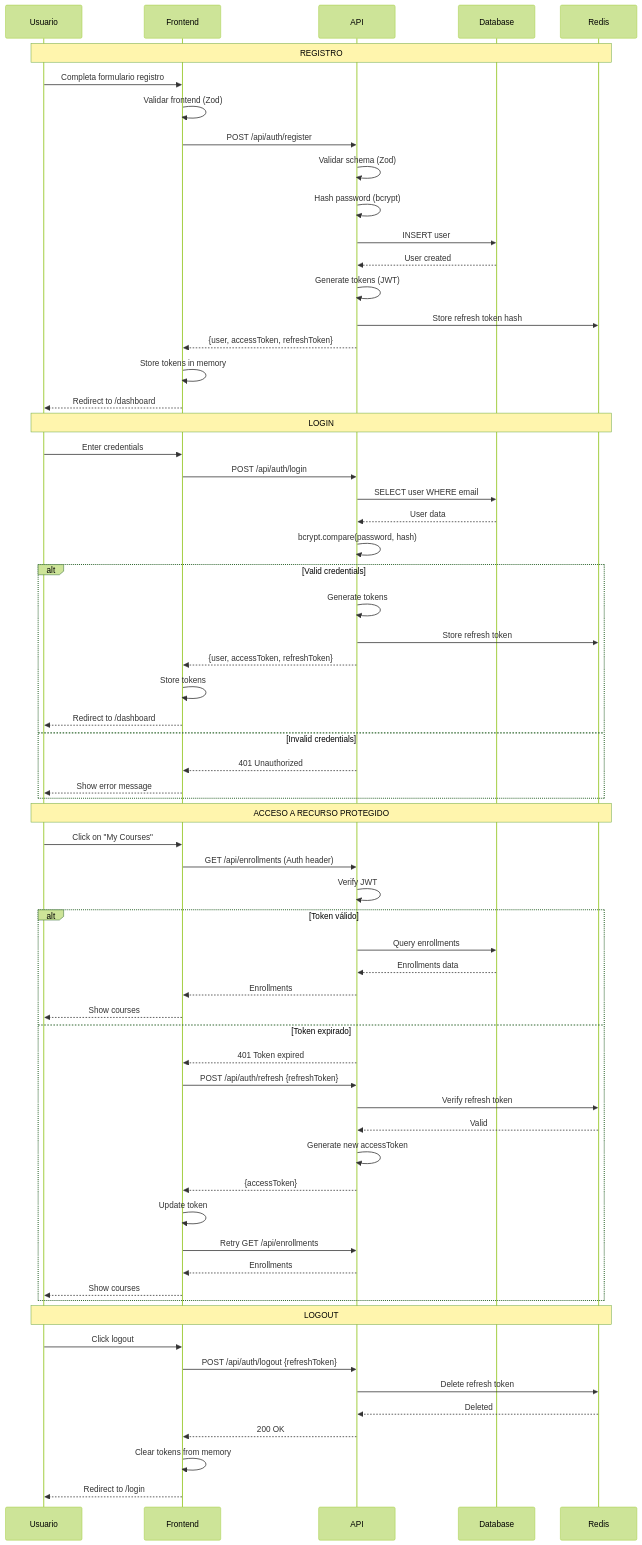
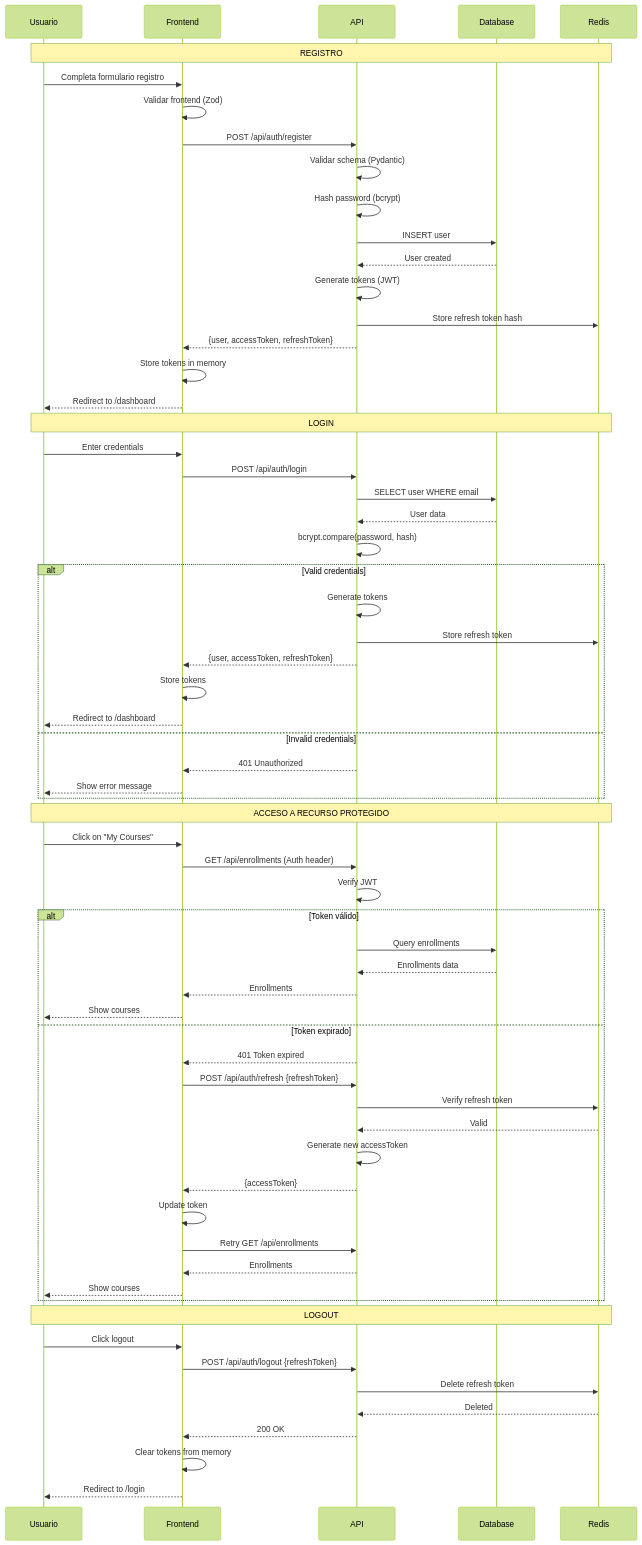
The seventh of 9 diagrams in plataforma/docs/arquitectura.md (rojored7/LMS), drawn with Mermaid (forest theme) before and after one commit. The commit also changed other lines of this file and 265 other files, not shown here.

````diff
--- a/plataforma/docs/arquitectura.md
+++ b/plataforma/docs/arquitectura.md
@@ -2163,72 +1855,72 @@
 ```mermaid
 sequenceDiagram
     participant U as Usuario
     participant F as Frontend
     participant A as API
     participant DB as Database
     participant R as Redis
 
     Note over U,R: REGISTRO
     U->>F: Completa formulario registro
     F->>F: Validar frontend (Zod)
     F->>A: POST /api/auth/register
-    A->>A: Validar schema (Zod)
+    A->>A: Validar schema (Pydantic)
     A->>A: Hash password (bcrypt)
     A->>DB: INSERT user
     DB-->>A: User created
     A->>A: Generate tokens (JWT)
     A->>R: Store refresh token hash
     A-->>F: {user, accessToken, refreshToken}
     F->>F: Store tokens in memory
     F-->>U: Redirect to /dashboard
 
     Note over U,R: LOGIN
     U->>F: Enter credentials
     F->>A: POST /api/auth/login
     A->>DB: SELECT user WHERE email
     DB-->>A: User data
     A->>A: bcrypt.compare(password, hash)
 
     alt Valid credentials
         A->>A: Generate tokens
         A->>R: Store refresh token
         A-->>F: {user, accessToken, refreshToken}
         F->>F: Store tokens
         F-->>U: Redirect to /dashboard
     else Invalid credentials
         A-->>F: 401 Unauthorized
         F-->>U: Show error message
     end
 
     Note over U,R: ACCESO A RECURSO PROTEGIDO
     U->>F: Click on "My Courses"
     F->>A: GET /api/enrollments (Auth header)
     A->>A: Verify JWT
 
     alt Token válido
         A->>DB: Query enrollments
         DB-->>A: Enrollments data
         A-->>F: Enrollments
         F-->>U: Show courses
     else Token expirado
         A-->>F: 401 Token expired
         F->>A: POST /api/auth/refresh {refreshToken}
         A->>R: Verify refresh token
         R-->>A: Valid
         A->>A: Generate new accessToken
         A-->>F: {accessToken}
         F->>F: Update token
         F->>A: Retry GET /api/enrollments
         A-->>F: Enrollments
         F-->>U: Show courses
     end
 
     Note over U,R: LOGOUT
     U->>F: Click logout
     F->>A: POST /api/auth/logout {refreshToken}
     A->>R: Delete refresh token
     R-->>A: Deleted
     A-->>F: 200 OK
     F->>F: Clear tokens from memory
     F-->>U: Redirect to /login
 ```
````
